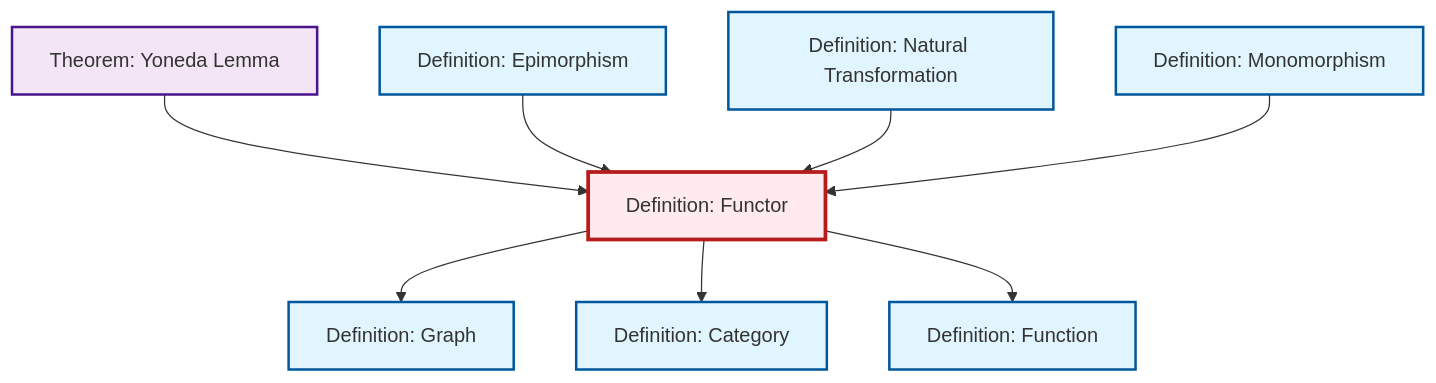
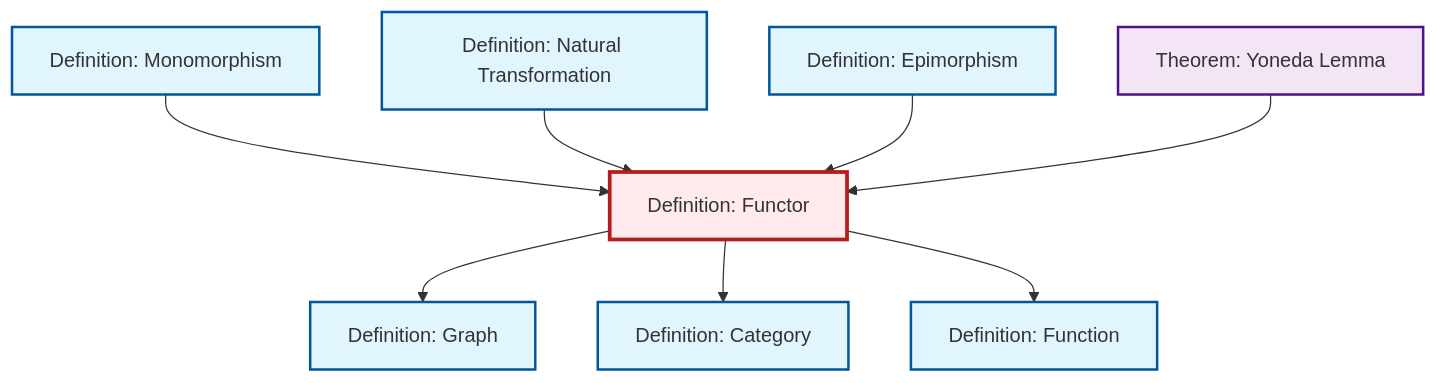
One commit to RK0429/ModernMath changed the diagram in content/en/category-theory/def-functor.qmd. Above: the diagram before and after it, drawn with Mermaid. The commit also changed other lines of this file and 619 other files, not shown here.

````diff
--- a/content/en/category-theory/def-functor.qmd
+++ b/content/en/category-theory/def-functor.qmd
@@ -50,32 +50,32 @@
 ```{mermaid}
 %%| fig-cap: "Local dependency graph"
 graph TD
     classDef definition fill:#e1f5fe,stroke:#01579b,stroke-width:2px
     classDef theorem fill:#f3e5f5,stroke:#4a148c,stroke-width:2px
     classDef axiom fill:#fff3e0,stroke:#e65100,stroke-width:2px
     classDef example fill:#e8f5e9,stroke:#1b5e20,stroke-width:2px
     classDef current fill:#ffebee,stroke:#b71c1c,stroke-width:3px
+    def-functor["Definition: Functor"]:::definition
+    def-monomorphism["Definition: Monomorphism"]:::definition
+    def-epimorphism["Definition: Epimorphism"]:::definition
+    thm-yoneda["Theorem: Yoneda Lemma"]:::theorem
     def-natural-transformation["Definition: Natural Transformation"]:::definition
-    def-epimorphism["Definition: Epimorphism"]:::definition
+    def-function["Definition: Function"]:::definition
+    def-graph["Definition: Graph"]:::definition
     def-category["Definition: Category"]:::definition
-    thm-yoneda["Theorem: Yoneda Lemma"]:::theorem
-    def-function["Definition: Function"]:::definition
-    def-monomorphism["Definition: Monomorphism"]:::definition
-    def-graph["Definition: Graph"]:::definition
-    def-functor["Definition: Functor"]:::definition
+    def-monomorphism --> def-functor
+    def-natural-transformation --> def-functor
+    def-functor --> def-graph
+    def-functor --> def-category
+    def-epimorphism --> def-functor
+    def-functor --> def-function
     thm-yoneda --> def-functor
-    def-functor --> def-graph
-    def-epimorphism --> def-functor
-    def-natural-transformation --> def-functor
-    def-functor --> def-category
-    def-monomorphism --> def-functor
-    def-functor --> def-function
     class def-functor current
+    click def-monomorphism "def-monomorphism.html" "Go to Monomorphism definition"
+    click def-epimorphism "def-epimorphism.html" "Go to Epimorphism definition"
+    click thm-yoneda "thm-yoneda.html" "Go to Yoneda Lemma theorem"
     click def-natural-transformation "def-natural-transformation.html" "Go to Natural Transformation definition"
-    click def-epimorphism "def-epimorphism.html" "Go to Epimorphism definition"
+    click def-function "def-function.html" "Go to Function definition"
+    click def-graph "def-graph.html" "Go to Graph definition"
     click def-category "def-category.html" "Go to Category definition"
-    click thm-yoneda "thm-yoneda.html" "Go to Yoneda Lemma theorem"
-    click def-function "def-function.html" "Go to Function definition"
-    click def-monomorphism "def-monomorphism.html" "Go to Monomorphism definition"
-    click def-graph "def-graph.html" "Go to Graph definition"
 ```
````
